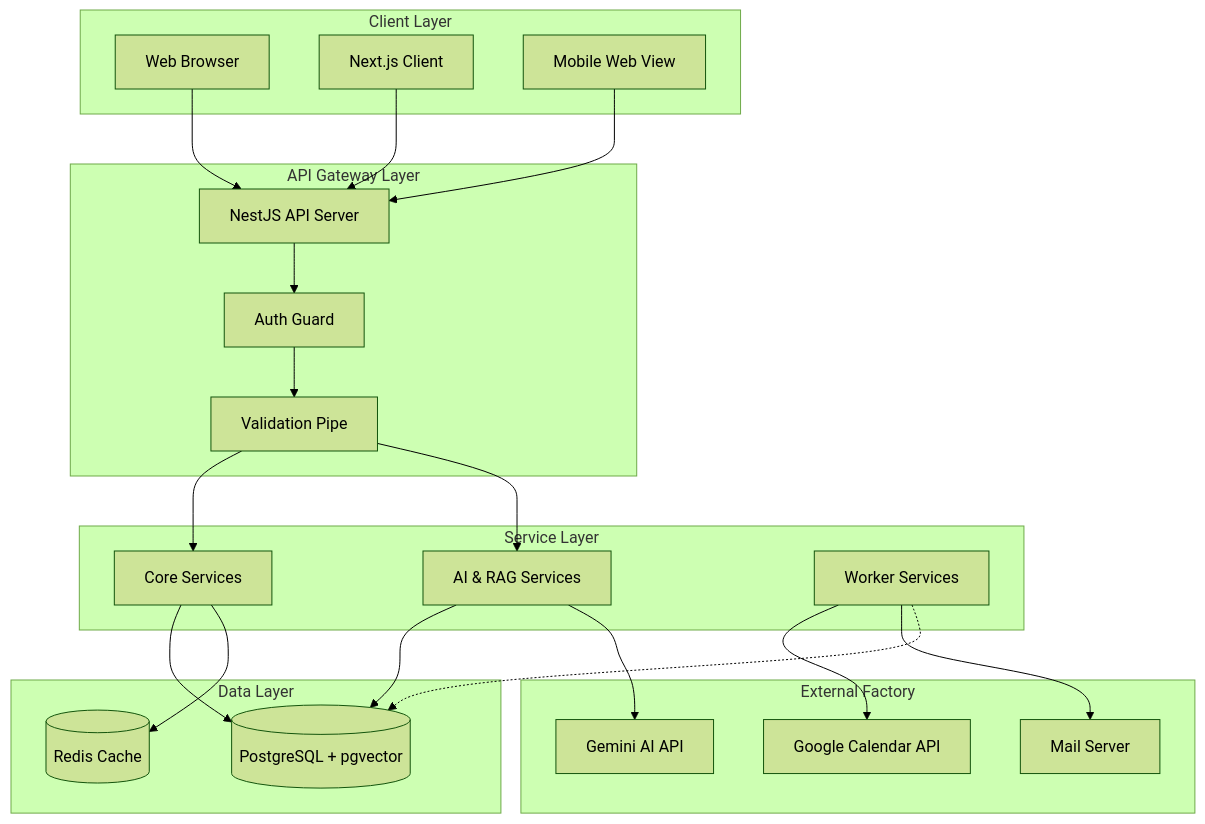
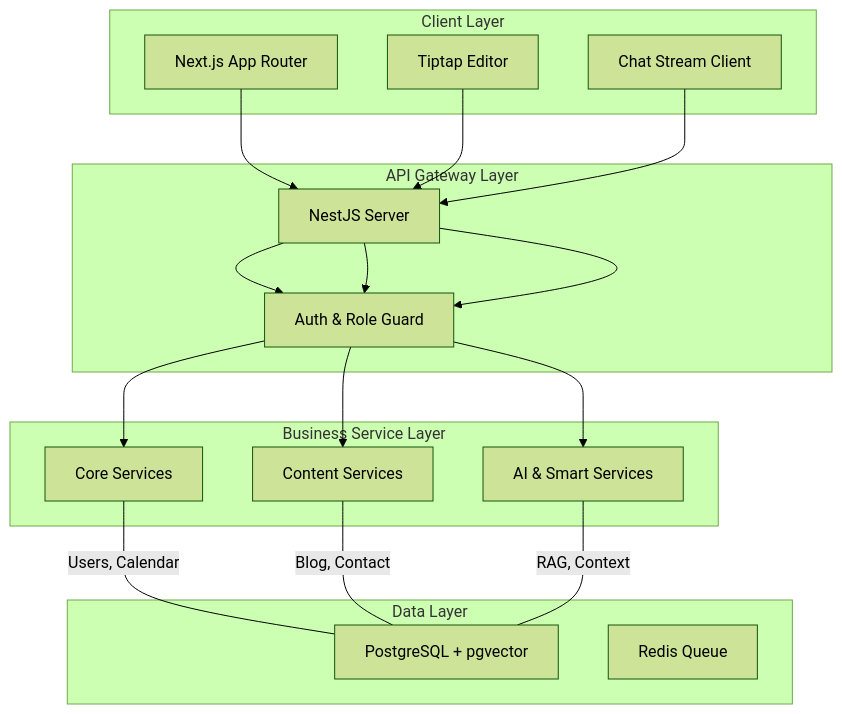
The diagram in reports/CH_03_Phan_Tich_Thiet_Ke_He_Thong.md (TDevUIT/Calento), drawn with Mermaid (forest theme) before and after one commit. The commit also changed other lines of this file and 7 other files, not shown here.

Commit message:
feat(reports): update system architecture and introduce new features

````diff
--- a/reports/CH_03_Phan_Tich_Thiet_Ke_He_Thong.md
+++ b/reports/CH_03_Phan_Tich_Thiet_Ke_He_Thong.md
@@ -9,47 +9,35 @@
 ```mermaid
 graph TB
     subgraph "Client Layer"
-        A[Web Browser]
-        B[Next.js Client]
-        C[Mobile Web View]
+        A[Next.js App Router]
+        B[Tiptap Editor]
+        C[Chat Stream Client]
     end
   
     subgraph "API Gateway Layer"
-        D[NestJS API Server]
-        E[Auth Guard]
-        F[Validation Pipe]
+        D[NestJS Server]
+        E[Auth & Role Guard]
     end
   
-    subgraph "Service Layer"
-        G[Core Services]
-        H[AI & RAG Services]
-        I[Worker Services]
+    subgraph "Business Service Layer"
+        F[Core Services]
+        G[Content Services]
+        H[AI & Smart Services]
     end
 
     subgraph "Data Layer"
-        J[(PostgreSQL + pgvector)]
-        K[(Redis Cache)]
-    end
-
-    subgraph "External Factory"
-        L[Google Calendar API]
-        M[Gemini AI API]
-        N[Mail Server]
+        I[PostgreSQL + pgvector]
+        K[Redis Queue]
     end
 
     A --> D
     B --> D
     C --> D
     D --> E --> F
-    F --> G
-    F --> H
+    D --> E --> G
+    D --> E --> H
     
-    G --> J
-    G --> K
-    H --> J
-    H --> M
-    
-    I --> L
-    I --> N
-    I -.-> J
+    F -- Users, Calendar --- I
+    G -- Blog, Contact --- I
+    H -- RAG, Context --- I
 ```
````
